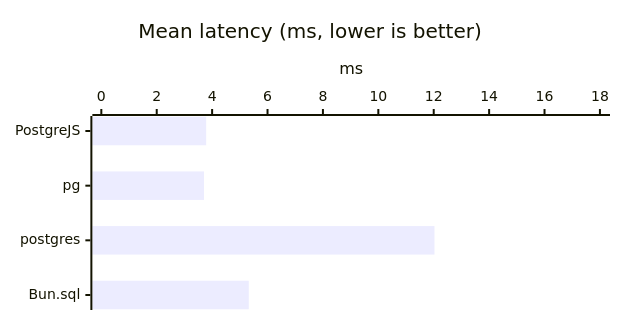
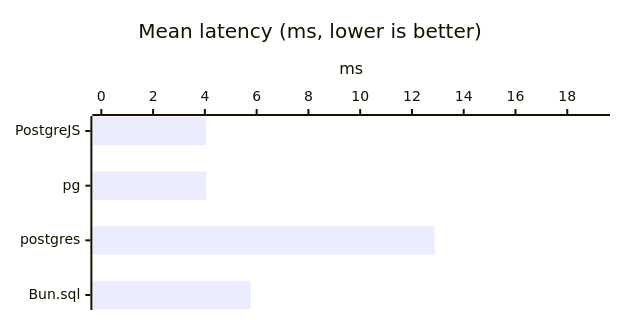
One commit to panates/postgrejs-doc changed the first of 56 diagrams in docs/getting-started/benchmarks-bun.md. Above: the diagram before and after it, drawn with Mermaid. The commit also changed other lines of this file and 13 other files, not shown here.

````diff
--- a/docs/getting-started/benchmarks-bun.md
+++ b/docs/getting-started/benchmarks-bun.md
@@ -96,8 +103,8 @@
 ```mermaid
 %%{init: {'xyChart': {'width': 600, 'height': 300, 'chartOrientation': 'horizontal'}}}%%
 xychart-beta
     title "Mean latency (ms, lower is better)"
     x-axis ["PostgreJS", "pg", "postgres", "Bun.sql"]
-    y-axis "ms" 0.0000 --> 18.0406
-    bar [3.7858, 3.7071, 12.0271, 5.3237]
+    y-axis "ms" 0.0000 --> 19.3055
+    bar [4.0518, 4.0540, 12.8703, 5.7720]
 ```
````
